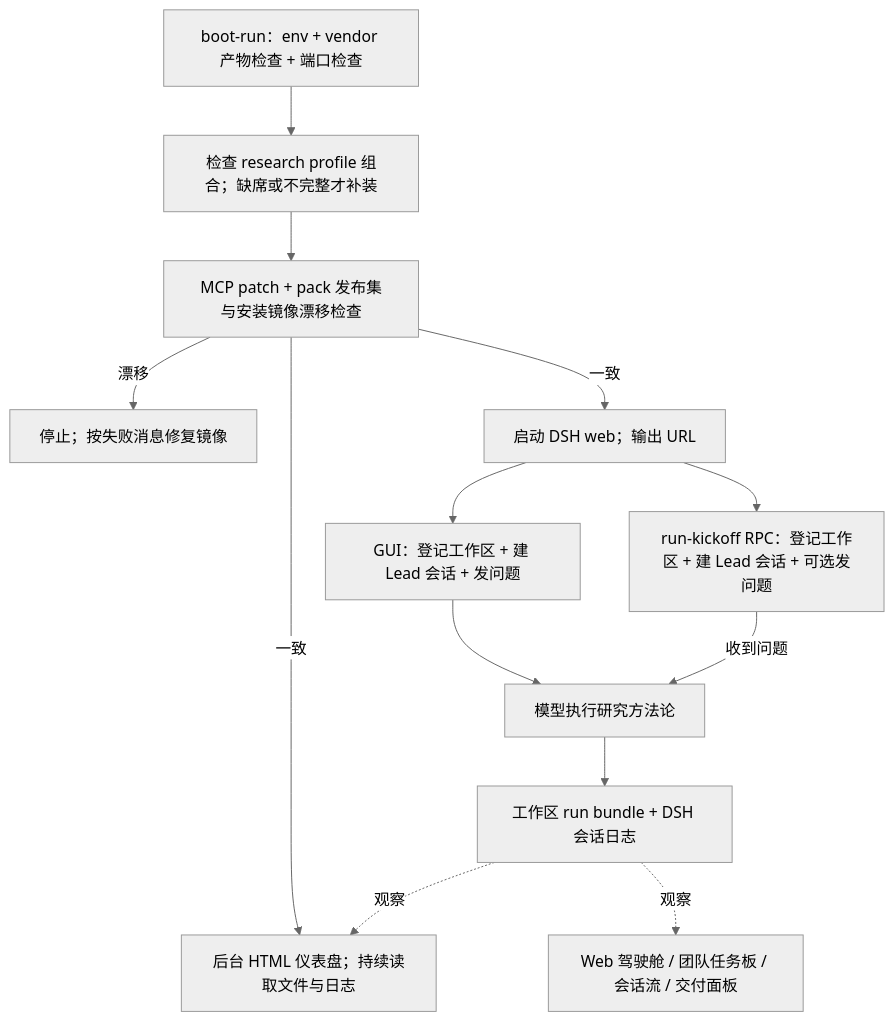
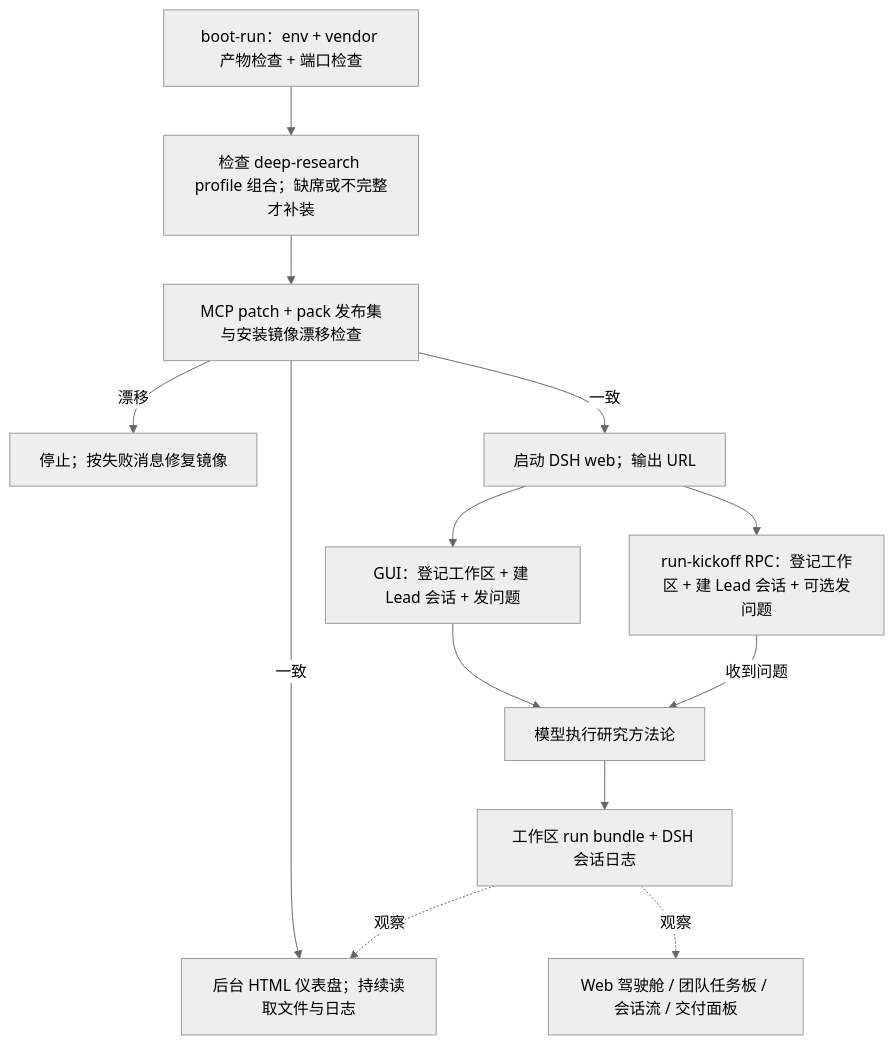
Before and after one commit to ethan-jiang-1/ai_dsh_deep_research: the diagram in docs/project-map.md, drawn with Mermaid (neutral theme). The commit also changed other lines of this file and 6 other files, not shown here.

Commit message:
docs(backlog): close dev/product parity card — AC1–AC3 re-run, profile naming sync

````diff
--- a/docs/project-map.md
+++ b/docs/project-map.md
@@ -50,15 +50,15 @@
 ```mermaid
 flowchart TD
-  E[boot-run：env + vendor 产物检查 + 端口检查] --> P[检查 research profile 组合；缺席或不完整才补装]
+  E[boot-run：env + vendor 产物检查 + 端口检查] --> P[检查 deep-research profile 组合；缺席或不完整才补装]
   P --> M[MCP patch + pack 发布集与安装镜像漂移检查]
   M -->|漂移| X[停止；按失败消息修复镜像]
   M -->|一致| W[启动 DSH web；输出 URL]
   M -->|一致| D[后台 HTML 仪表盘；持续读取文件与日志]
   W --> G[GUI：登记工作区 + 建 Lead 会话 + 发问题]
   W --> R[run-kickoff RPC：登记工作区 + 建 Lead 会话 + 可选发问题]
   G --> L[模型执行研究方法论]
   R -->|收到问题| L
   L --> B[工作区 run bundle + DSH 会话日志]
   B -.观察.-> D
   B -.观察.-> C[Web 驾驶舱 / 团队任务板 / 会话流 / 交付面板]
 ```
````
